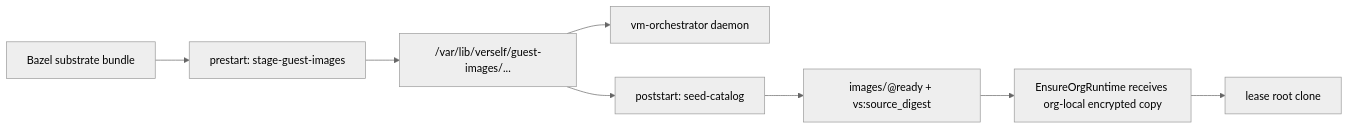
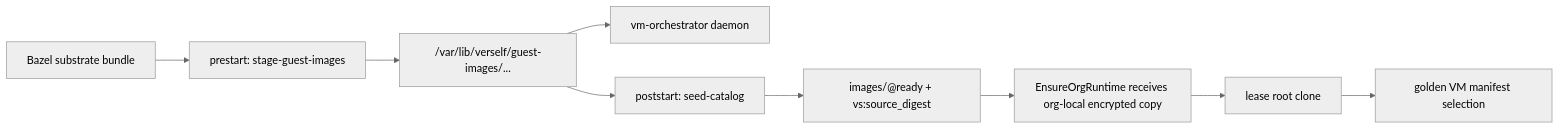
The sixth of 6 diagrams in src/substrate/vm-orchestrator/docs/firecracker-snapshot-lifecycle.md (guardian-intelligence/verself), drawn with Mermaid (neutral theme) before and after one commit. The commit also changed other lines of this file and 14 other files, not shown here.

````diff
--- a/src/substrate/vm-orchestrator/docs/firecracker-snapshot-lifecycle.md
+++ b/src/substrate/vm-orchestrator/docs/firecracker-snapshot-lifecycle.md
@@ -140,10 +236,11 @@
 ```mermaid
 flowchart LR
     bazel["Bazel substrate bundle"] --> prestart["prestart: stage-guest-images"]
     prestart --> staged["/var/lib/verself/guest-images/..."]
     staged --> daemon["vm-orchestrator daemon"]
     staged --> seed["poststart: seed-catalog"]
     seed --> image["images/<ref>@ready + vs:source_digest"]
     image --> ensure["EnsureOrgRuntime receives org-local encrypted copy"]
     ensure --> lease["lease root clone"]
+    lease --> manifest["golden VM manifest selection"]
 ```
````
